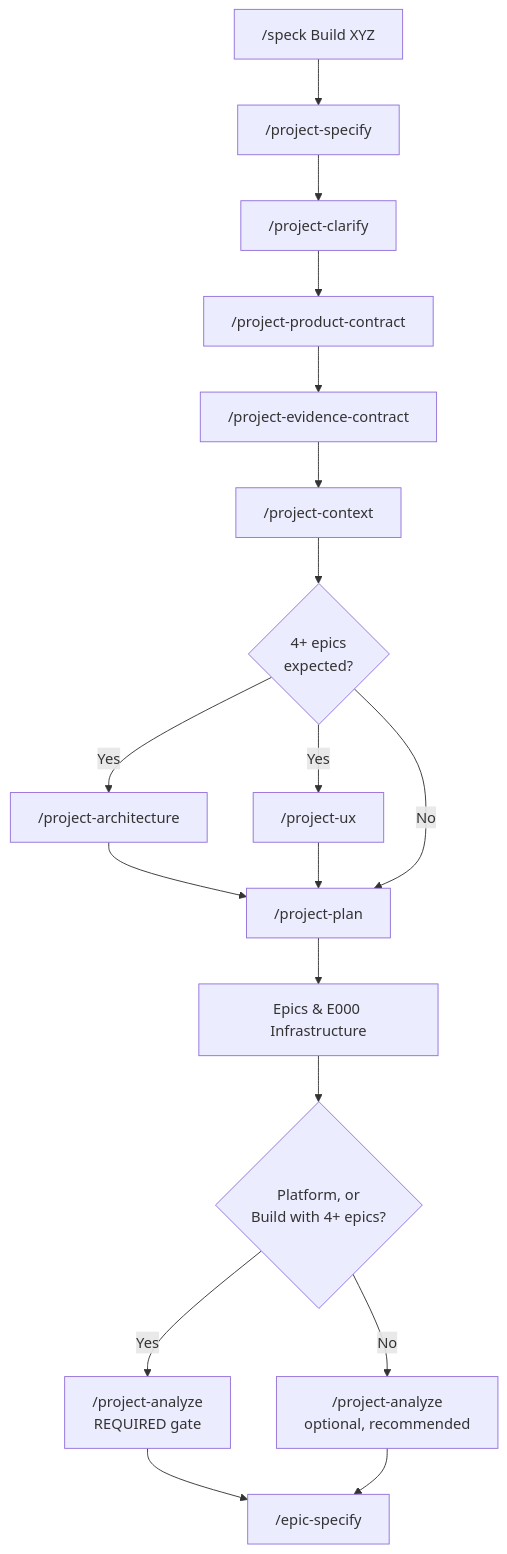
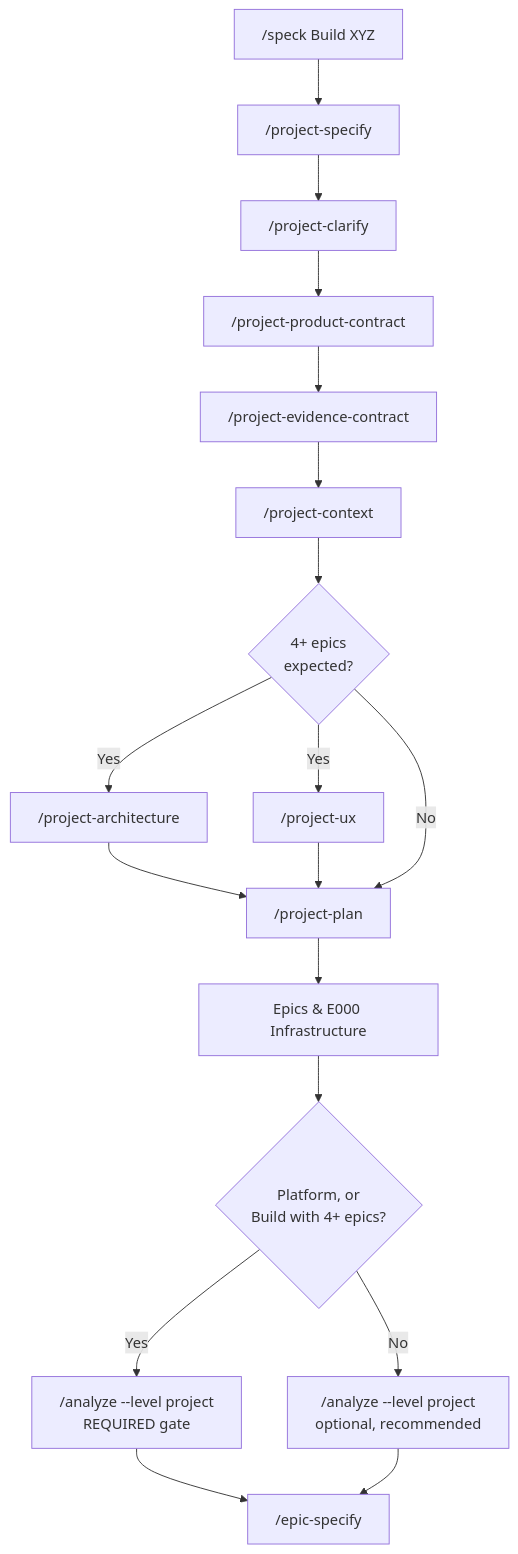
Before and after one commit to telum-ai/speck: the first of 3 diagrams in .speck/README.md, drawn with Mermaid. The commit also changed other lines of this file and 115 other files, not shown here.

````diff
--- a/.speck/README.md
+++ b/.speck/README.md
@@ -252,20 +252,20 @@
 ```mermaid
 graph TD
     A["/speck Build XYZ"] --> B["/project-specify"]
     B --> C["/project-clarify"]
     C --> D["/project-product-contract"]
     D --> E["/project-evidence-contract"]
     E --> F["/project-context"]
     F --> G{"4+ epics<br/>expected?"}
     G -->|Yes| H["/project-architecture"]
     G -->|Yes| I["/project-ux"]
     H --> J["/project-plan"]
     I --> J
     G -->|No| J
     J --> K["Epics & E000 Infrastructure"]
     K --> L{"Platform, or<br/>Build with 4+ epics?"}
-    L -->|Yes| M["/project-analyze<br/>REQUIRED gate"]
-    L -->|No| N["/project-analyze<br/>optional, recommended"]
+    L -->|Yes| M["/analyze --level project<br/>REQUIRED gate"]
+    L -->|No| N["/analyze --level project<br/>optional, recommended"]
     M --> O["/epic-specify"]
     N --> O
 ```
````
